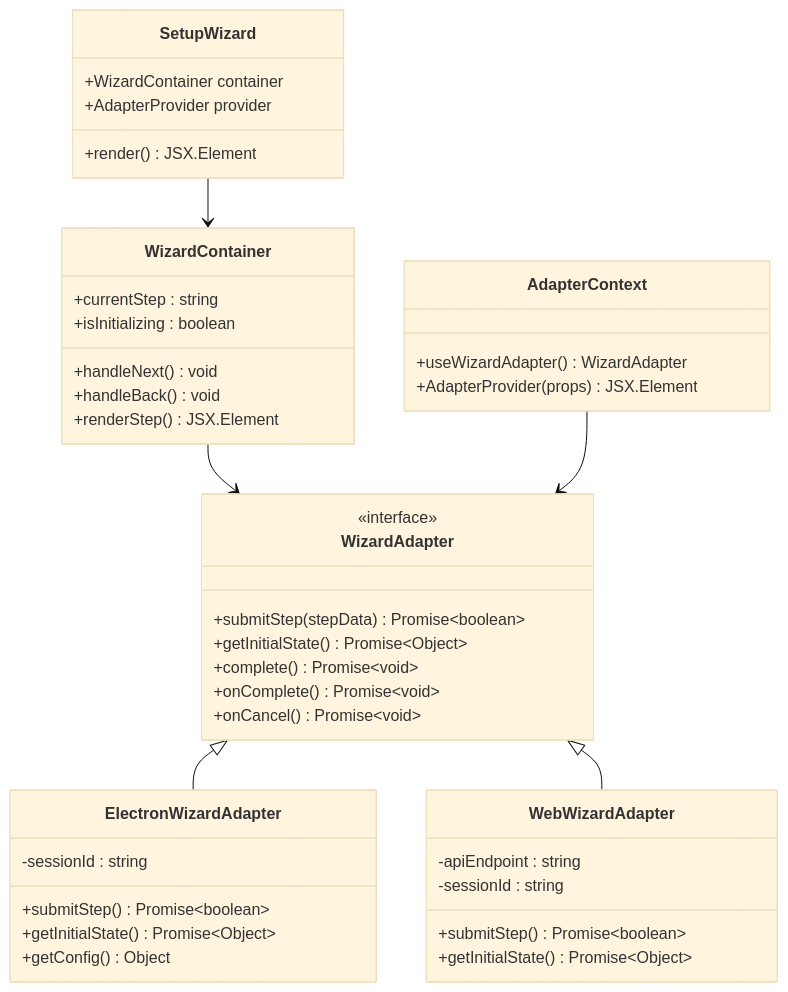
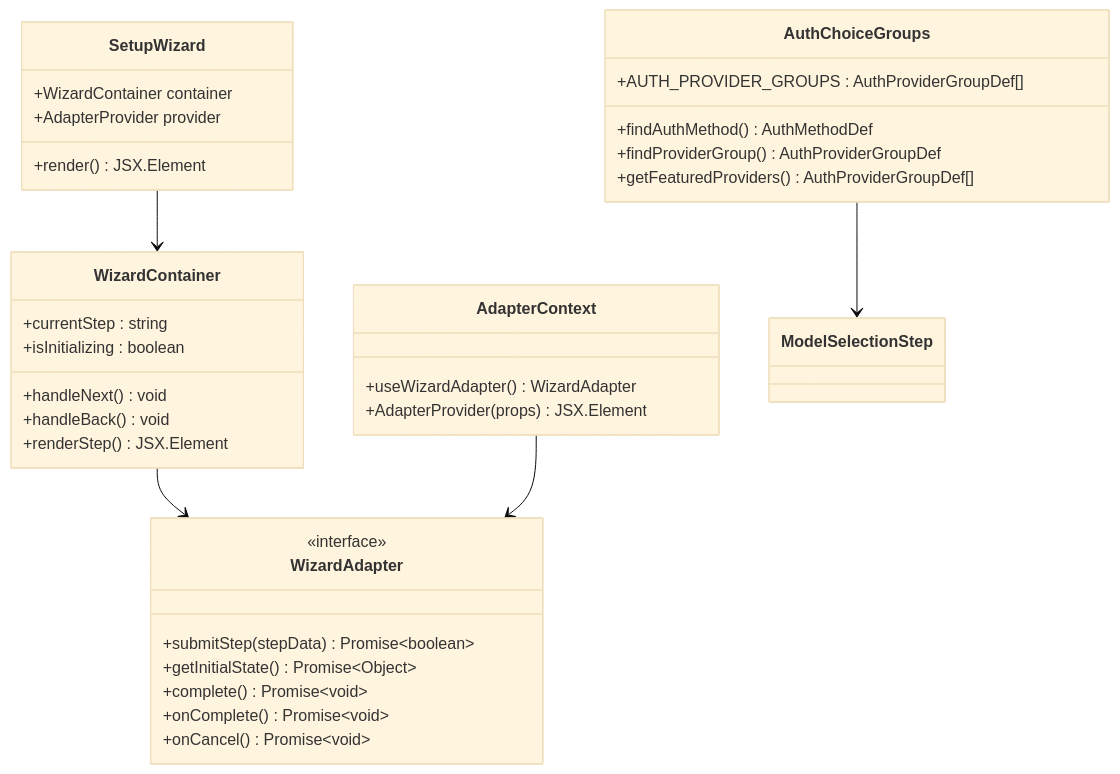
The second of 8 diagrams in .qoder/repowiki/zh/content/开发者指南/设置向导系统.md (verse-ai-org/openclaw), drawn with Mermaid (base theme) before and after one commit. The commit also changed other lines of this file and 34 other files, not shown here.

````diff
--- a/.qoder/repowiki/zh/content/开发者指南/设置向导系统.md
+++ b/.qoder/repowiki/zh/content/开发者指南/设置向导系统.md
@@ -103,44 +104,37 @@
 ```mermaid
 classDiagram
 class SetupWizard {
 +WizardContainer container
 +AdapterProvider provider
 +render() JSX.Element
 }
 class WizardContainer {
 +currentStep : string
 +isInitializing : boolean
 +handleNext() void
 +handleBack() void
 +renderStep() JSX.Element
 }
 class WizardAdapter {
 <<interface>>
 +submitStep(stepData) Promise~boolean~
 +getInitialState() Promise~Object~
 +complete() Promise~void~
 +onComplete() Promise~void~
 +onCancel() Promise~void~
 }
-class ElectronWizardAdapter {
--sessionId : string
-+submitStep() Promise~boolean~
-+getInitialState() Promise~Object~
-+getConfig() Object
-}
-class WebWizardAdapter {
--apiEndpoint : string
--sessionId : string
-+submitStep() Promise~boolean~
-+getInitialState() Promise~Object~
-}
 class AdapterContext {
 +useWizardAdapter() WizardAdapter
 +AdapterProvider(props) JSX.Element
 }
+class AuthChoiceGroups {
++AUTH_PROVIDER_GROUPS : AuthProviderGroupDef[]
++findAuthMethod() AuthMethodDef
++findProviderGroup() AuthProviderGroupDef
++getFeaturedProviders() AuthProviderGroupDef[]
+}
 SetupWizard --> WizardContainer
 WizardContainer --> WizardAdapter
-WizardAdapter <|-- ElectronWizardAdapter
-WizardAdapter <|-- WebWizardAdapter
 AdapterContext --> WizardAdapter
+AuthChoiceGroups --> ModelSelectionStep
 ```
````
